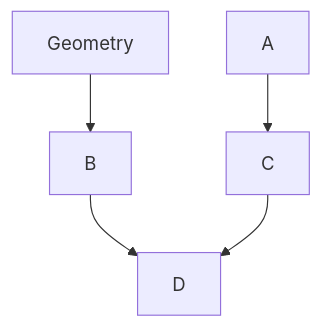
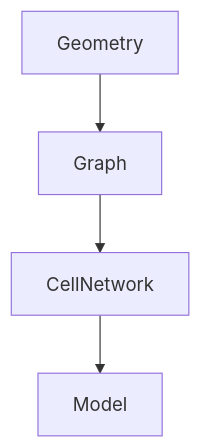
Before and after one commit to BRG-research/compas_grid: the diagram in README.md, drawn with Mermaid.

````diff
--- a/README.md
+++ b/README.md
@@ -7,7 +7,6 @@
 ```mermaid
   graph TD;
-      Geometry-->B;
-      A-->C;
-      B-->D;
-      C-->D;
+      Geometry-->Graph;
+      Graph-->CellNetwork;
+      CellNetwork-->Model;
 ```
````
